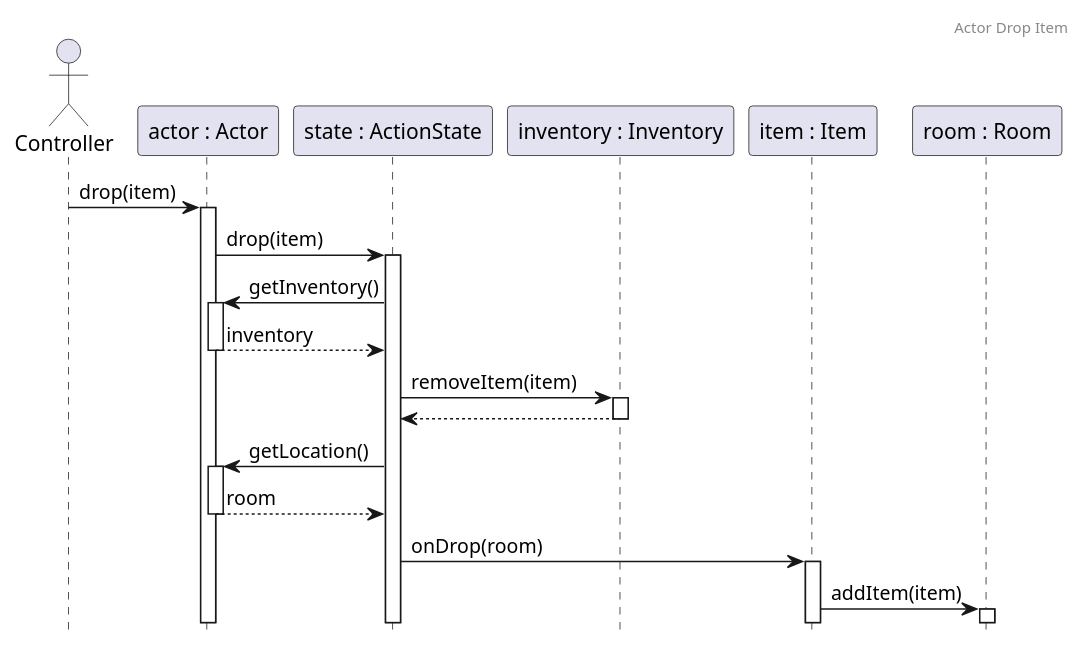
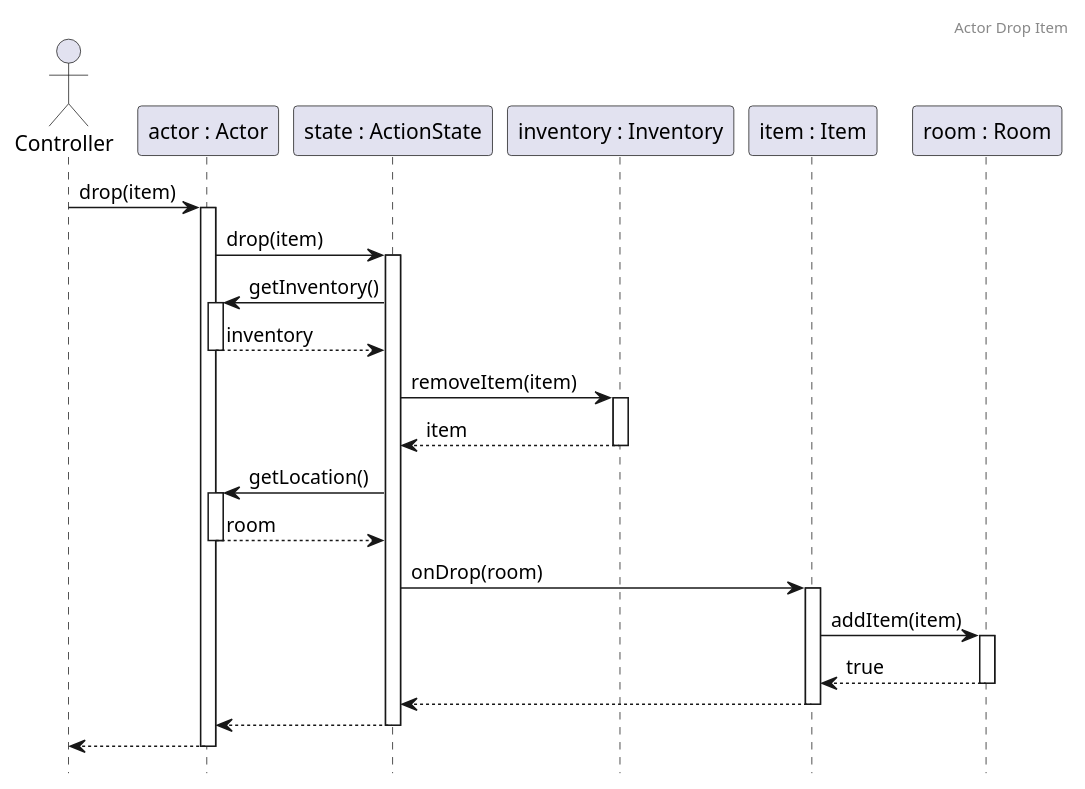
The diagram in docs/sequence/actor/ActorDropItem.puml (Kristof-me/Logarlec), drawn with PlantUML before and after one commit. The commit also changed 48 other files, not shown here.

```diff
--- a/docs/sequence/actor/ActorDropItem.puml
+++ b/docs/sequence/actor/ActorDropItem.puml
@@ -1,25 +1,30 @@
 @startuml ActorDropItem
 header Actor Drop Item
 
 hide footbox
 autoactivate on
 
 actor A as "Controller"
 participant B as "actor : Actor"
 participant C as "state : ActionState"
 participant I as "inventory : Inventory"
 participant D as "item : Item"
 participant E as "room : Room"
 
 A -> B : drop(item)
 B -> C : drop(item)
 C -> B : getInventory()
 return inventory
 C -> I : removeItem(item)
-return
+return item
 C -> B : getLocation()
 return room
 C -> D : onDrop(room)
 D -> E : addItem(item)
 
+return true
+return
+return
+return
+
 @enduml
```
